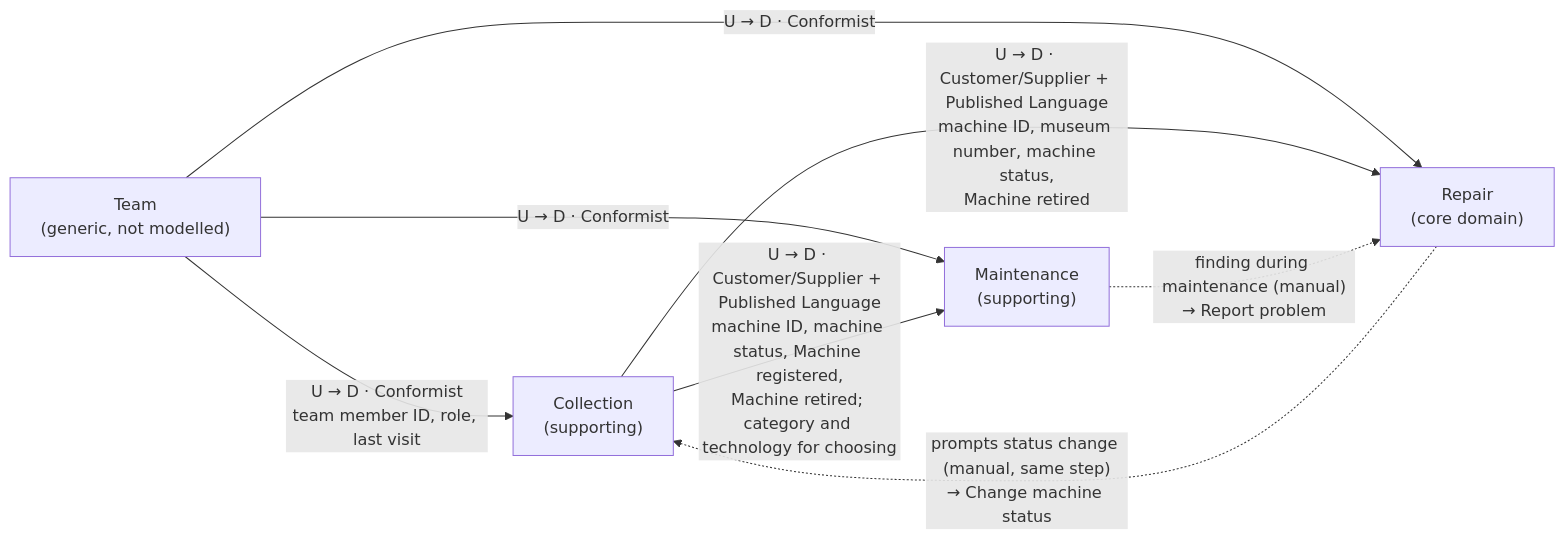
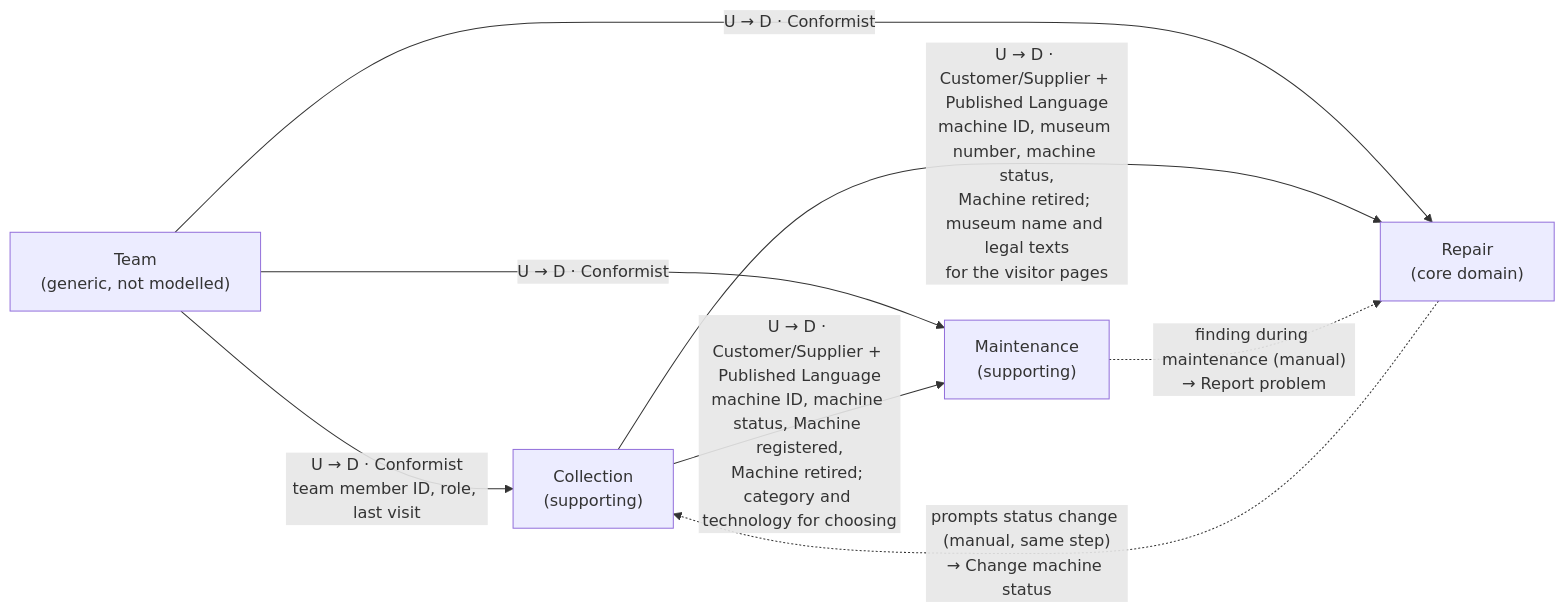
One commit to hemi1986/laguardia changed the diagram in docs/domain/context-map.md. Above: the diagram before and after it, drawn with Mermaid. The commit also changed other lines of this file and 14 other files, not shown here.

````diff
--- a/docs/domain/context-map.md
+++ b/docs/domain/context-map.md
@@ -18,17 +20,17 @@
 ```mermaid
 flowchart LR
     Team["Team<br/>(generic, not modelled)"]
     Collection["Collection<br/>(supporting)"]
     Repair["Repair<br/>(core domain)"]
     Maintenance["Maintenance<br/>(supporting)"]
 
     Team -- "U → D · Conformist<br/>team member ID, role, last visit" --> Collection
     Team -- "U → D · Conformist" --> Repair
     Team -- "U → D · Conformist" --> Maintenance
 
-    Collection -- "U → D · Customer/Supplier + Published Language<br/>machine ID, museum number, machine status,<br/>Machine retired" --> Repair
+    Collection -- "U → D · Customer/Supplier + Published Language<br/>machine ID, museum number, machine status,<br/>Machine retired; museum name and legal texts<br/>for the visitor pages" --> Repair
     Collection -- "U → D · Customer/Supplier + Published Language<br/>machine ID, machine status, Machine registered,<br/>Machine retired; category and technology for choosing" --> Maintenance
 
     Repair -. "prompts status change (manual, same step)<br/>→ Change machine status" .-> Collection
     Maintenance -. "finding during maintenance (manual)<br/>→ Report problem" .-> Repair
 ```
````
